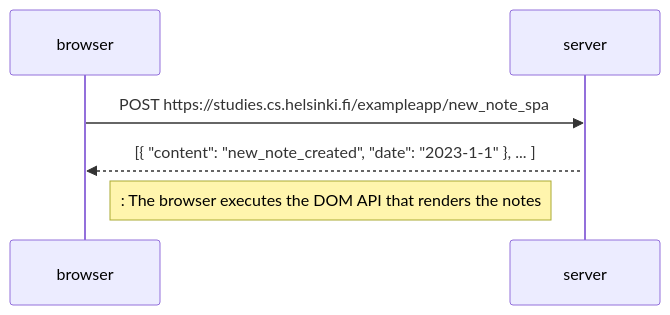
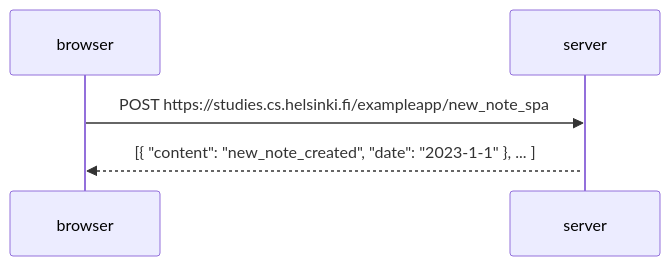
The diagram in part_0/06.new_note_creation_only.MD (Monsursaleh/fullstackopen), drawn with Mermaid before and after one commit.

Commit message:
sequence diagram added

````diff
--- a/part_0/06.new_note_creation_only.MD
+++ b/part_0/06.new_note_creation_only.MD
@@ -3,11 +3,10 @@
 ```mermaid
 sequenceDiagram
     participant browser
     participant server
 
     browser->>server: POST https://studies.cs.helsinki.fi/exampleapp/new_note_spa
     activate server
     server-->>browser:  [{ "content": "new_note_created", "date": "2023-1-1" }, ... ]
 
-  Note right of browser: : The browser executes the DOM API that renders the notes
 ```
````
